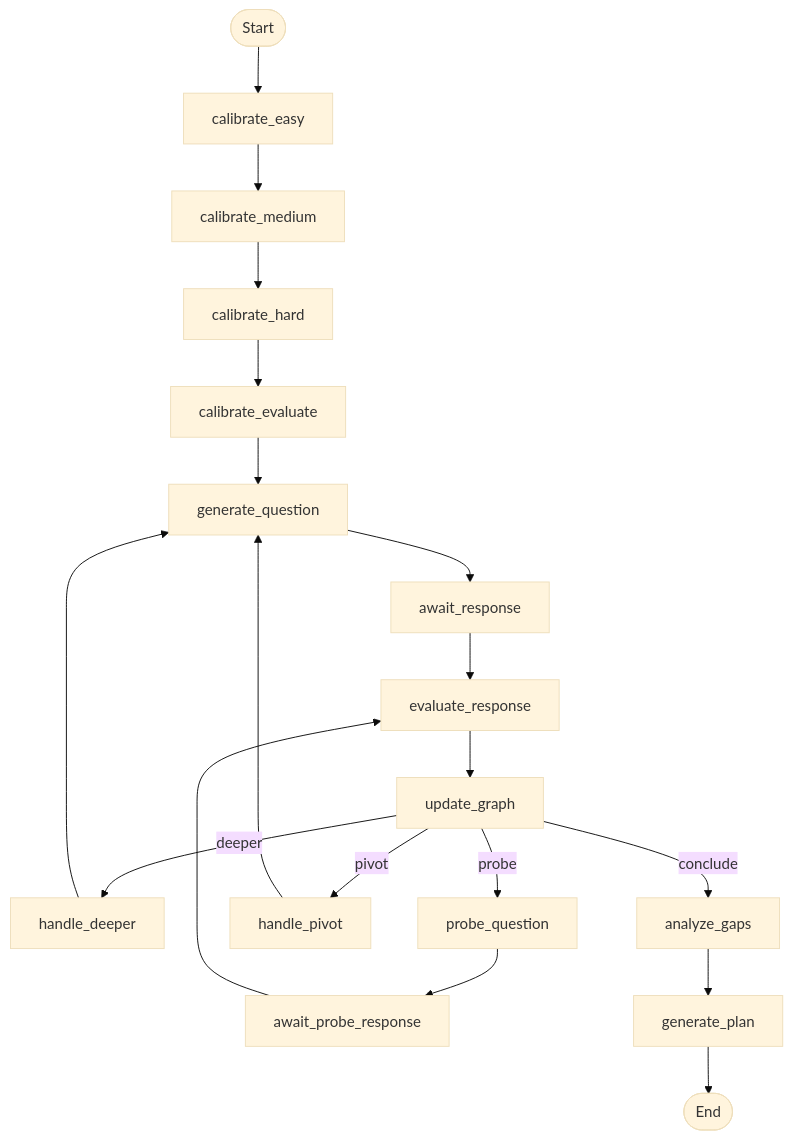
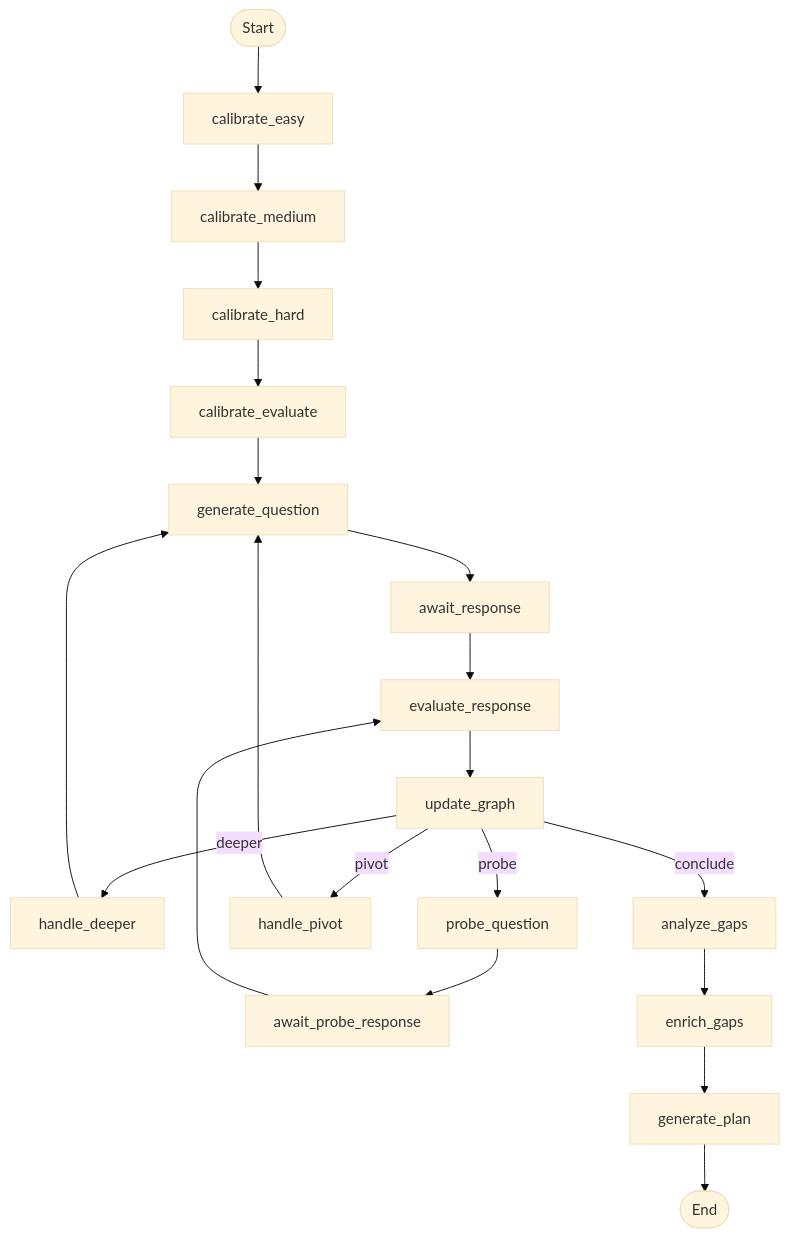
One commit to onegunsamurai/OpenLearning changed the first of 2 diagrams in docs/architecture/assessment-pipeline.md. Above: the diagram before and after it, drawn with Mermaid (base theme). The commit also changed other lines of this file and 12 other files, not shown here.

````diff
--- a/docs/architecture/assessment-pipeline.md
+++ b/docs/architecture/assessment-pipeline.md
@@ -11,25 +11,26 @@
 ```mermaid
 graph TD
     START([Start]) --> CE[calibrate_easy]
     CE --> CM[calibrate_medium]
     CM --> CH[calibrate_hard]
     CH --> CV[calibrate_evaluate]
 
     CV --> GQ[generate_question]
     GQ --> AR[await_response]
     AR --> ER[evaluate_response]
     ER --> UG[update_graph]
 
     UG -->|deeper| HD[handle_deeper]
     UG -->|probe| PQ[probe_question]
     UG -->|pivot| HP[handle_pivot]
     UG -->|conclude| AG[analyze_gaps]
 
     HD --> GQ
     HP --> GQ
     PQ --> APR[await_probe_response]
     APR --> ER
 
-    AG --> GP[generate_plan]
+    AG --> EG[enrich_gaps]
+    EG --> GP[generate_plan]
     GP --> END([End])
 ```
````
